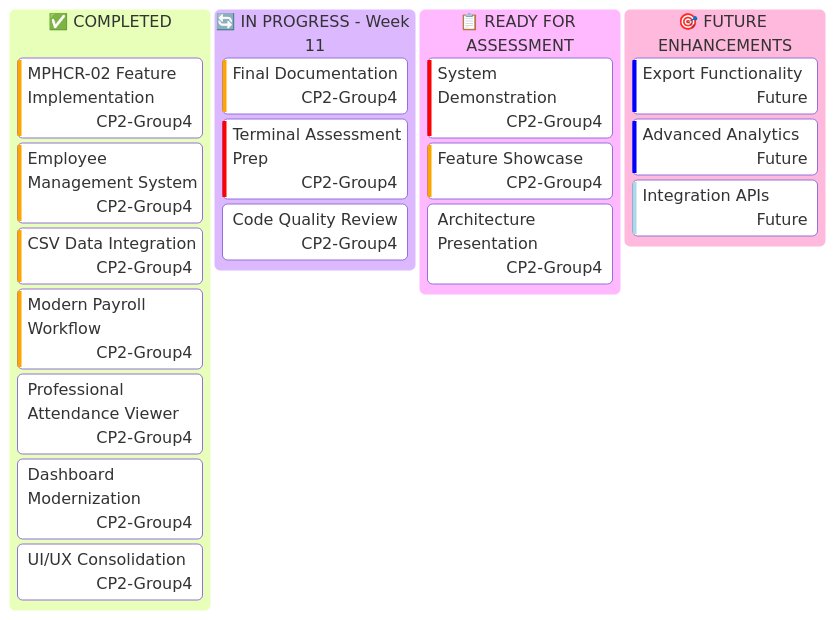
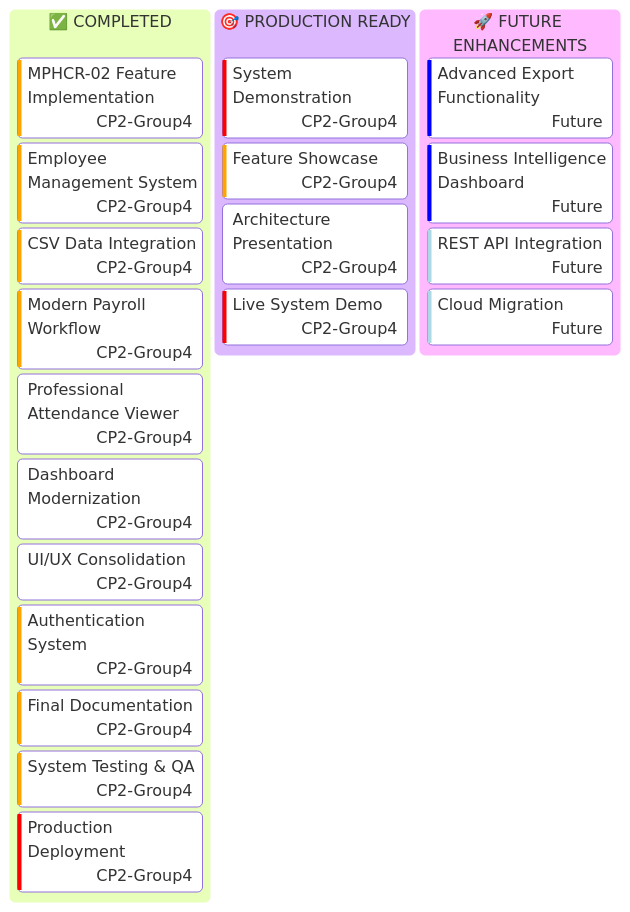
One commit to joembolinas/CP2_GROUP-4 changed the first of 2 diagrams in README.md. Above: the diagram before and after it, drawn with Mermaid. The commit also changed other lines of this file and 1 other file, not shown here.

````diff
--- a/README.md
+++ b/README.md
@@ -149,31 +161,32 @@
 ```mermaid
 ---
 config:
   kanban:
     ticketBaseUrl: 'https://github.com/CP2-Group4/MotorPH-Payroll/issues/#TICKET#'
 ---
 kanban
   id1[✅ COMPLETED]
     id11[MPHCR-02 Feature Implementation]@{ assigned: 'CP2-Group4', priority: 'High' }
     id12[Employee Management System]@{ assigned: 'CP2-Group4', priority: 'High' }
     id13[CSV Data Integration]@{ assigned: 'CP2-Group4', priority: 'High' }
     id14[Modern Payroll Workflow]@{ assigned: 'CP2-Group4', priority: 'High' }
     id15[Professional Attendance Viewer]@{ assigned: 'CP2-Group4', priority: 'Medium' }
     id16[Dashboard Modernization]@{ assigned: 'CP2-Group4', priority: 'Medium' }
     id17[UI/UX Consolidation]@{ assigned: 'CP2-Group4', priority: 'Medium' }
+    id18[Authentication System]@{ assigned: 'CP2-Group4', priority: 'High' }
+    id19[Final Documentation]@{ assigned: 'CP2-Group4', priority: 'High' }
+    id20[System Testing & QA]@{ assigned: 'CP2-Group4', priority: 'High' }
+    id21[Production Deployment]@{ assigned: 'CP2-Group4', priority: 'Very High' }
   
-  id2[🔄 IN PROGRESS - Week 11]
-    id21[Final Documentation]@{ assigned: 'CP2-Group4', priority: 'High' }
-    id22[Terminal Assessment Prep]@{ assigned: 'CP2-Group4', priority: 'Very High' }
-    id23[Code Quality Review]@{ assigned: 'CP2-Group4', priority: 'Medium' }
+  id2[🎯 PRODUCTION READY]
+    id22[System Demonstration]@{ assigned: 'CP2-Group4', priority: 'Very High' }
+    id23[Feature Showcase]@{ assigned: 'CP2-Group4', priority: 'High' }
+    id24[Architecture Presentation]@{ assigned: 'CP2-Group4', priority: 'Medium' }
+    id25[Live System Demo]@{ assigned: 'CP2-Group4', priority: 'Very High' }
   
-  id3[📋 READY FOR ASSESSMENT]
-    id31[System Demonstration]@{ assigned: 'CP2-Group4', priority: 'Very High' }
-    id32[Feature Showcase]@{ assigned: 'CP2-Group4', priority: 'High' }
-    id33[Architecture Presentation]@{ assigned: 'CP2-Group4', priority: 'Medium' }
-  
-  id4[🎯 FUTURE ENHANCEMENTS]
-    id41[Export Functionality]@{ assigned: 'Future', priority: 'Low' }
-    id42[Advanced Analytics]@{ assigned: 'Future', priority: 'Low' }
-    id43[Integration APIs]@{ assigned: 'Future', priority: 'Very Low' }
+  id3[🚀 FUTURE ENHANCEMENTS]
+    id31[Advanced Export Functionality]@{ assigned: 'Future', priority: 'Low' }
+    id32[Business Intelligence Dashboard]@{ assigned: 'Future', priority: 'Low' }
+    id33[REST API Integration]@{ assigned: 'Future', priority: 'Very Low' }
+    id34[Cloud Migration]@{ assigned: 'Future', priority: 'Very Low' }
 ```
````
